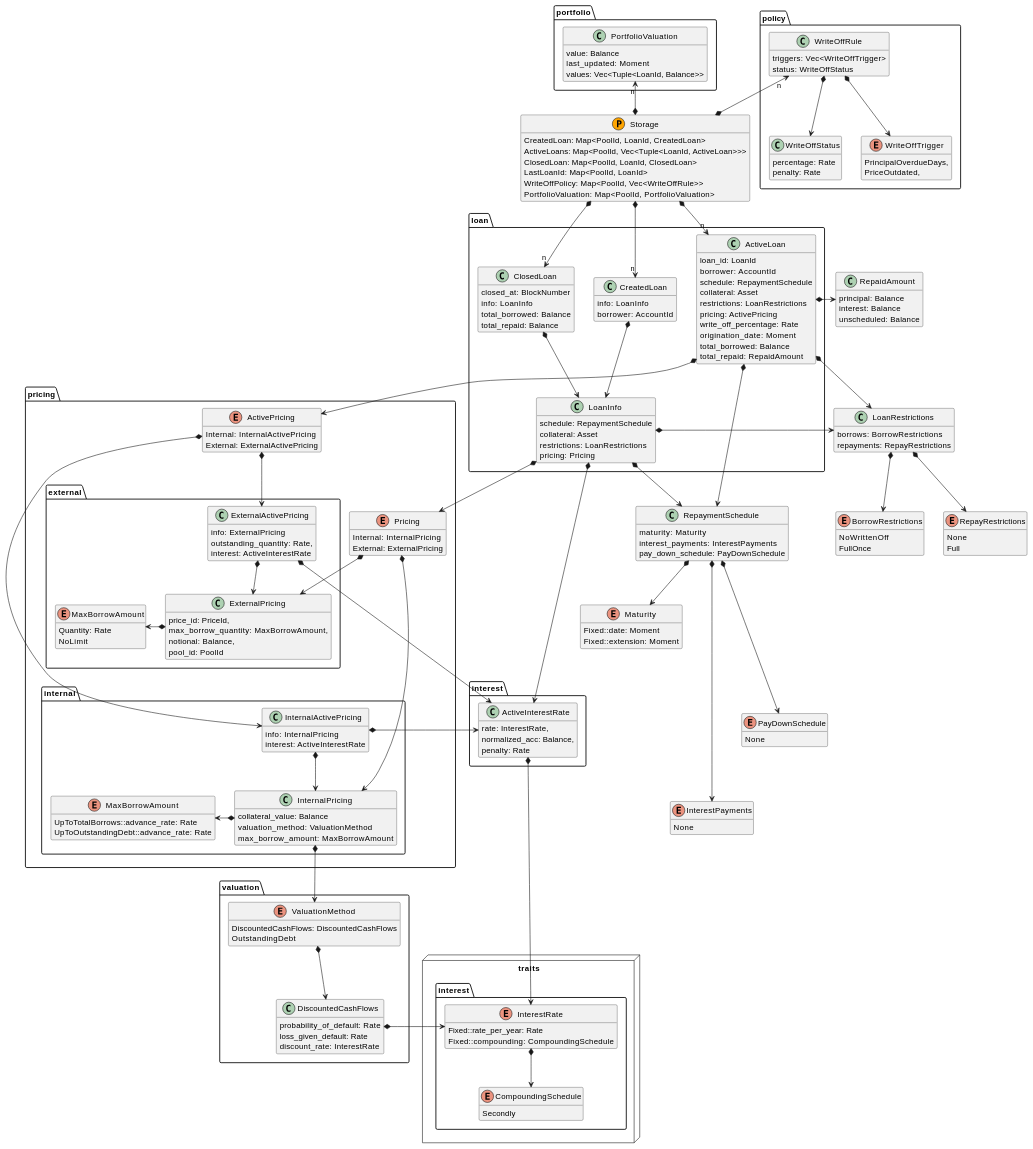
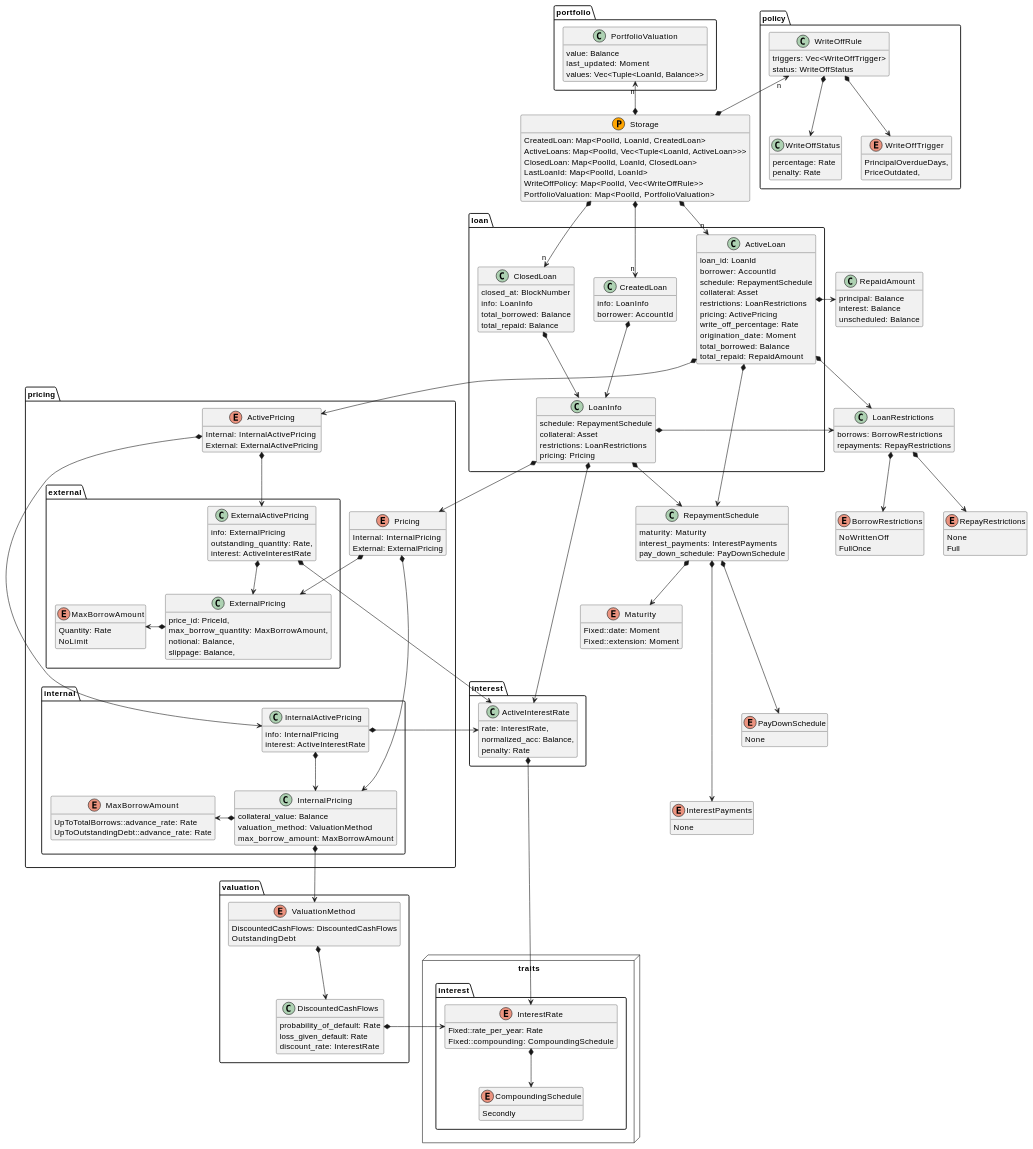
The diagram in pallets/loans/docs/types.md (centrifuge/centrifuge-chain), drawn with PlantUML before and after one commit.

Commit message:
update types diagram

```diff
--- a/pallets/loans/docs/types.md
+++ b/pallets/loans/docs/types.md
@@ -156,7 +156,7 @@
             price_id: PriceId,
             max_borrow_quantity: MaxBorrowAmount,
             notional: Balance,
-            pool_id: PoolId
+            slippage: Balance,
         }
 
         ExternalPricing *-l-> MaxBorrowAmount
```
